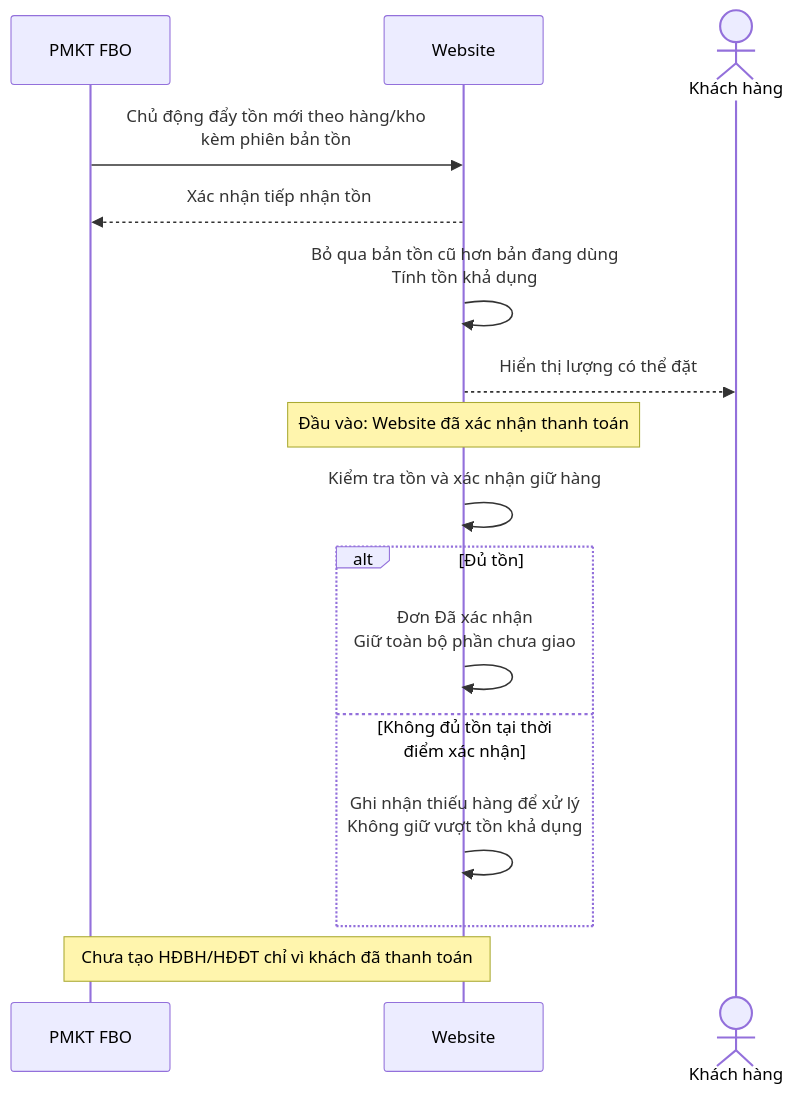
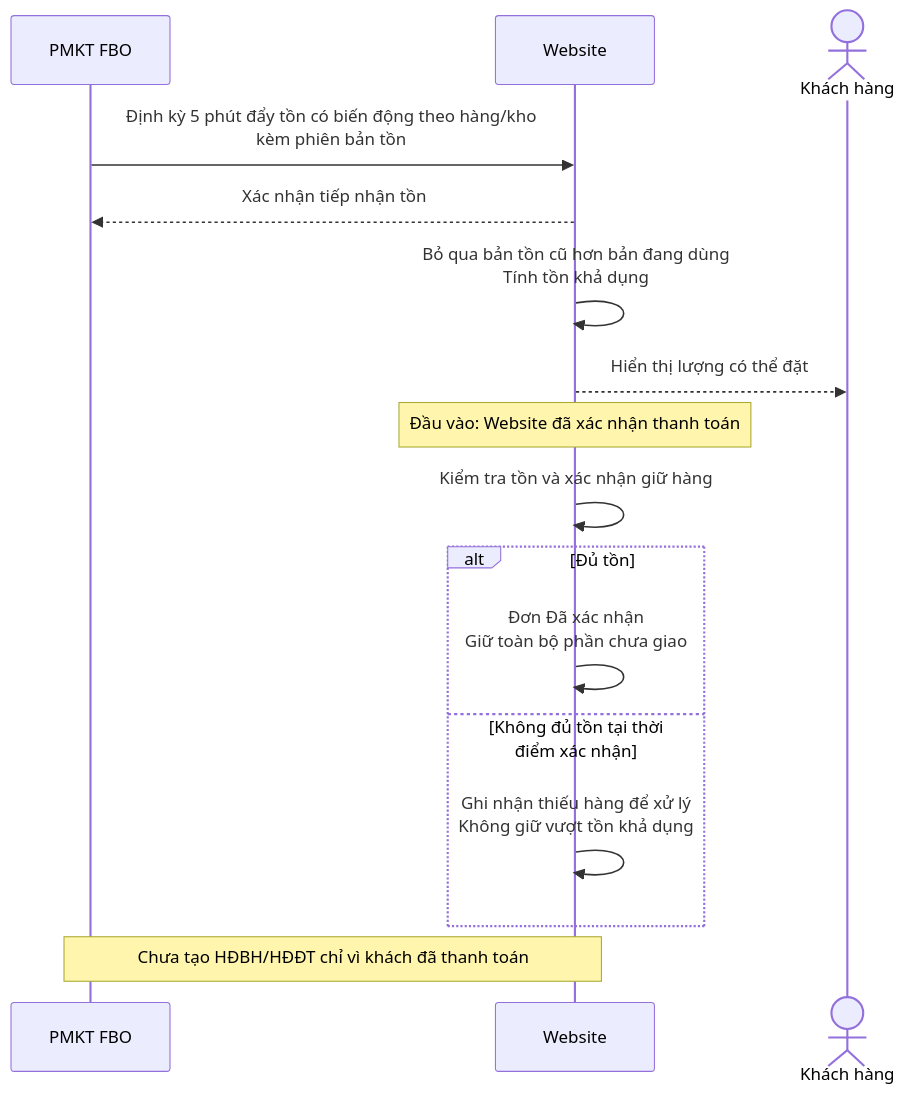
One commit to quangnh0609/PhuongThao changed the first of 4 diagrams in 01.Ket_noi_website_1/docs/BRD_PhuongThao.md. Above: the diagram before and after it, drawn with Mermaid. The commit also changed other lines of this file and 7 other files, not shown here.

````diff
--- a/01.Ket_noi_website_1/docs/BRD_PhuongThao.md
+++ b/01.Ket_noi_website_1/docs/BRD_PhuongThao.md
@@ -141,18 +141,18 @@
 ```mermaid
 sequenceDiagram
     participant FBO as PMKT FBO
     participant WEB as Website
     actor KH as Khách hàng
-    FBO->>WEB: Chủ động đẩy tồn mới theo hàng/kho<br/>kèm phiên bản tồn
+    FBO->>WEB: Định kỳ 5 phút đẩy tồn có biến động theo hàng/kho<br/>kèm phiên bản tồn
     WEB-->>FBO: Xác nhận tiếp nhận tồn
     WEB->>WEB: Bỏ qua bản tồn cũ hơn bản đang dùng<br/>Tính tồn khả dụng
     WEB-->>KH: Hiển thị lượng có thể đặt
     Note over WEB: Đầu vào: Website đã xác nhận thanh toán
     WEB->>WEB: Kiểm tra tồn và xác nhận giữ hàng
     alt Đủ tồn
         WEB->>WEB: Đơn Đã xác nhận<br/>Giữ toàn bộ phần chưa giao
     else Không đủ tồn tại thời điểm xác nhận
         WEB->>WEB: Ghi nhận thiếu hàng để xử lý<br/>Không giữ vượt tồn khả dụng
     end
     Note over WEB,FBO: Chưa tạo HĐBH/HĐĐT chỉ vì khách đã thanh toán
 ```
````
